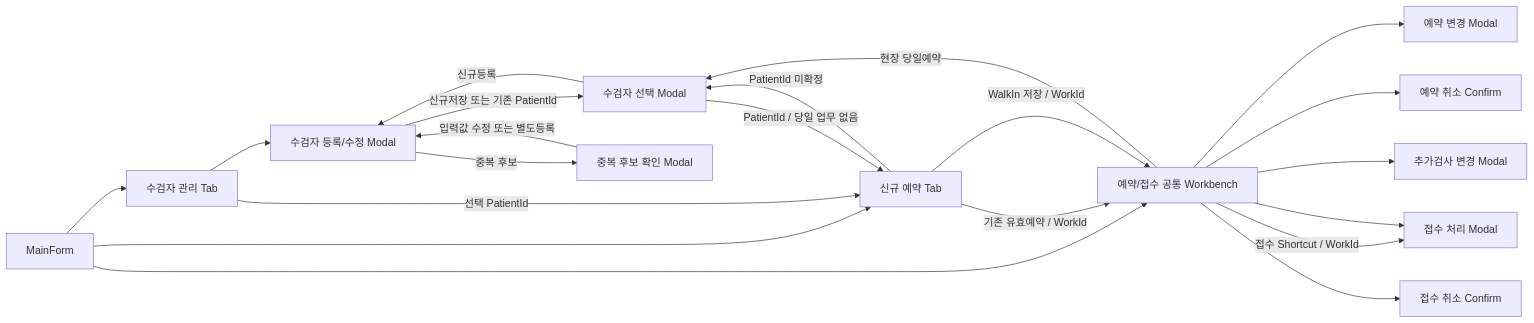
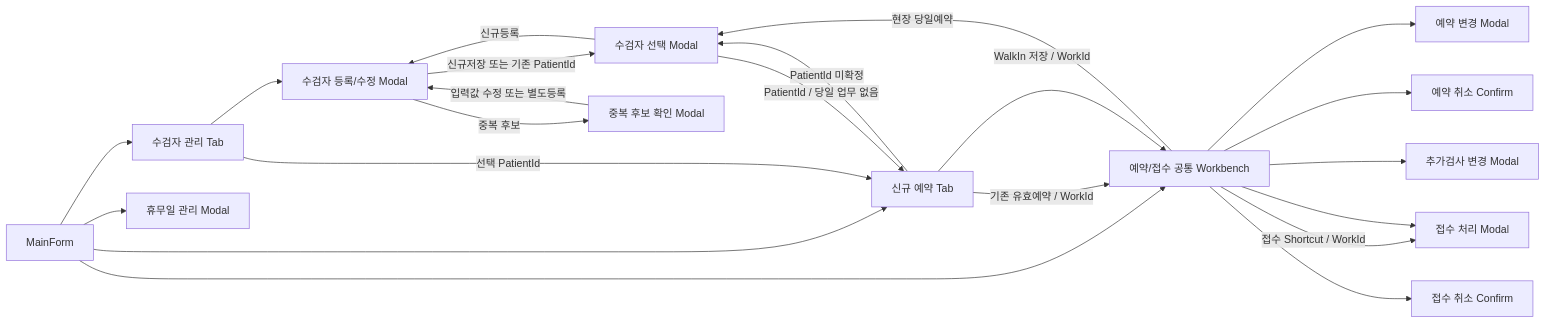
Before and after one commit to wotjr1649/HealthCheckupReservationReception: the diagram in docs/baseline/03_Wireframe_Definition.md, drawn with Mermaid. The commit also changed other lines of this file and 53 other files, not shown here.

````diff
--- a/docs/baseline/03_Wireframe_Definition.md
+++ b/docs/baseline/03_Wireframe_Definition.md
@@ -129,40 +133,42 @@
 ```mermaid
 flowchart LR
     MAIN[MainForm]
     PAT[수검자 관리 Tab]
     NEW[신규 예약 Tab]
     WORK[예약/접수 공통 Workbench]
     PATEDIT[수검자 등록/수정 Modal]
     PATSEL[수검자 선택 Modal]
     PATDUP[중복 후보 확인 Modal]
     RSVEDIT[예약 변경 Modal]
     RSVCONF[예약 취소 Confirm]
     RCP[접수 처리 Modal]
     AEXEDIT[추가검사 변경 Modal]
     RCPCONF[접수 취소 Confirm]
+    HOL[휴무일 관리 Modal]
 
     MAIN --> PAT
     MAIN --> NEW
     MAIN --> WORK
+    MAIN --> HOL
 
     PAT --> PATEDIT
     PAT -->|선택 PatientId| NEW
 
     NEW -->|PatientId 미확정| PATSEL
     NEW -->|기존 유효예약 / WorkId| WORK
 
     PATSEL -->|신규등록| PATEDIT
     PATEDIT -->|중복 후보| PATDUP
     PATDUP -->|입력값 수정 또는 별도등록| PATEDIT
     PATEDIT -->|신규저장 또는 기존 PatientId| PATSEL
 
     WORK --> RSVEDIT
     WORK --> RSVCONF
     WORK -->|접수 Shortcut / WorkId| RCP
     WORK --> AEXEDIT
     WORK --> RCPCONF
     WORK -->|현장 당일예약| PATSEL
     PATSEL -->|PatientId / 당일 업무 없음| NEW
     NEW -->|WalkIn 저장 / WorkId| WORK
     WORK --> RCP
 ```
````
